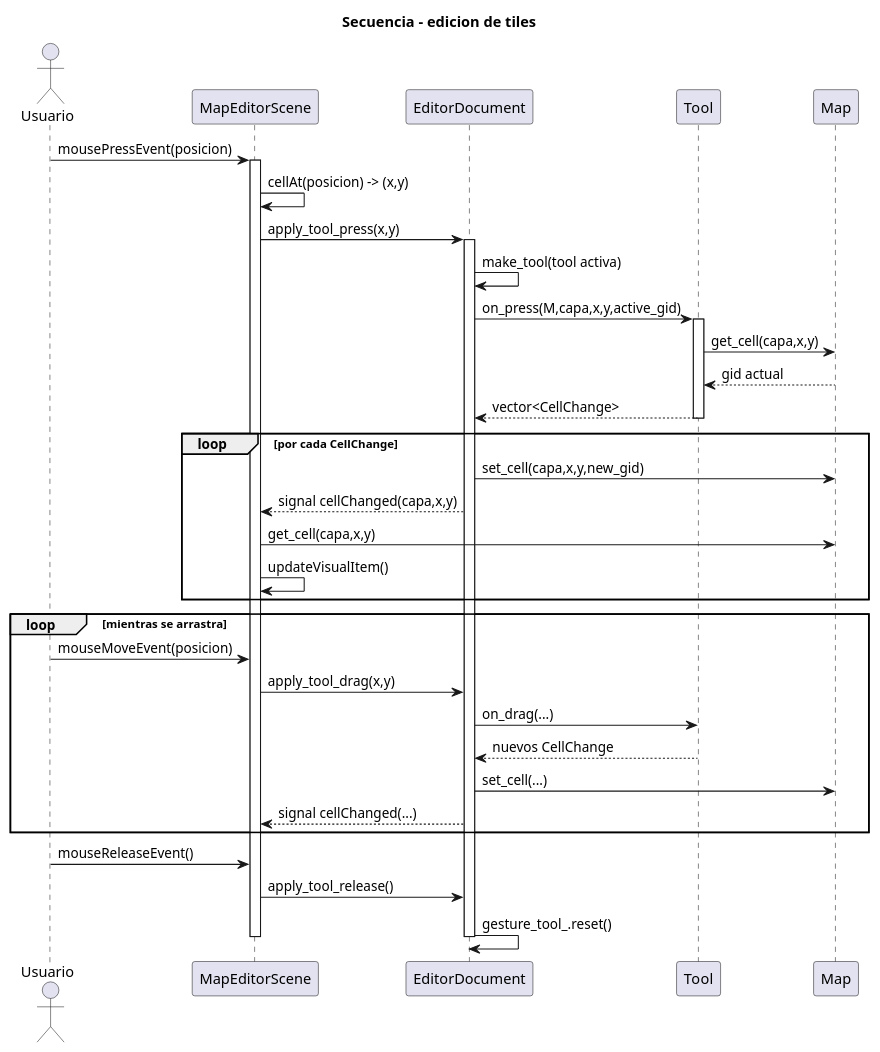
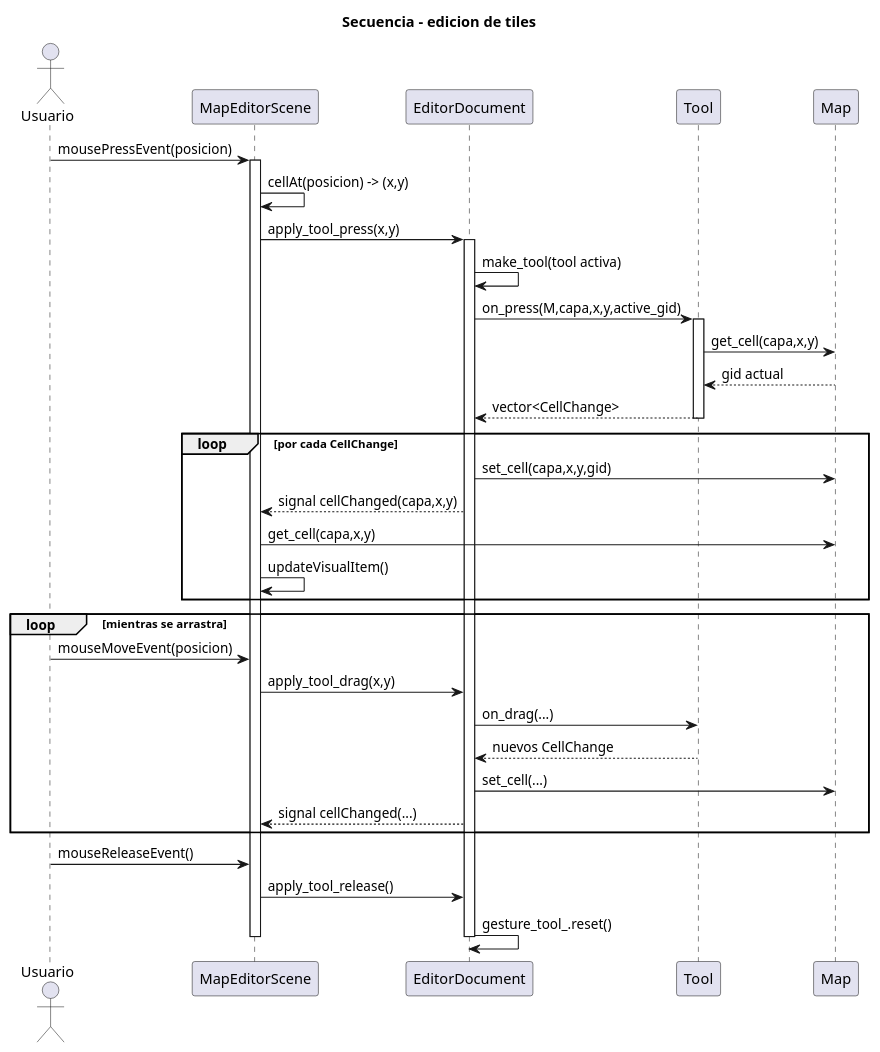
One commit to juanbalella20/Tp---final-Taller-de-programacion- changed the diagram in docs/diagrams /editor/04_secuencia_edicion.puml. Above: the diagram before and after it, drawn with PlantUML. The commit also changed 10 other files, not shown here.

Commit message:
update(doc_tecnia): agrego diagramas que se borraron

```diff
--- a/docs/diagrams /editor/04_secuencia_edicion.puml
+++ b/docs/diagrams /editor/04_secuencia_edicion.puml
@@ -1,46 +1,46 @@
 @startuml
 title Secuencia - edicion de tiles
 
 
 actor Usuario as U
 participant MapEditorScene as S
 participant EditorDocument as D
 participant "Tool" as T
 participant Map as M
 
 U -> S : mousePressEvent(posicion)
 activate S
 S -> S : cellAt(posicion) -> (x,y)
 S -> D : apply_tool_press(x,y)
 activate D
 D -> D : make_tool(tool activa)
 D -> T : on_press(M,capa,x,y,active_gid)
 activate T
 T -> M : get_cell(capa,x,y)
 M --> T : gid actual
 T --> D : vector<CellChange>
 deactivate T
 
 loop por cada CellChange
-  D -> M : set_cell(capa,x,y,new_gid)
+  D -> M : set_cell(capa,x,y,gid)
   D --> S : signal cellChanged(capa,x,y)
   S -> M : get_cell(capa,x,y)
   S -> S : updateVisualItem()
 end
 
 loop mientras se arrastra
   U -> S : mouseMoveEvent(posicion)
   S -> D : apply_tool_drag(x,y)
   D -> T : on_drag(...)
   T --> D : nuevos CellChange
   D -> M : set_cell(...)
   D --> S : signal cellChanged(...)
 end
 
 U -> S : mouseReleaseEvent()
 S -> D : apply_tool_release()
 D -> D : gesture_tool_.reset()
 deactivate D
 deactivate S
 
 @enduml
```
